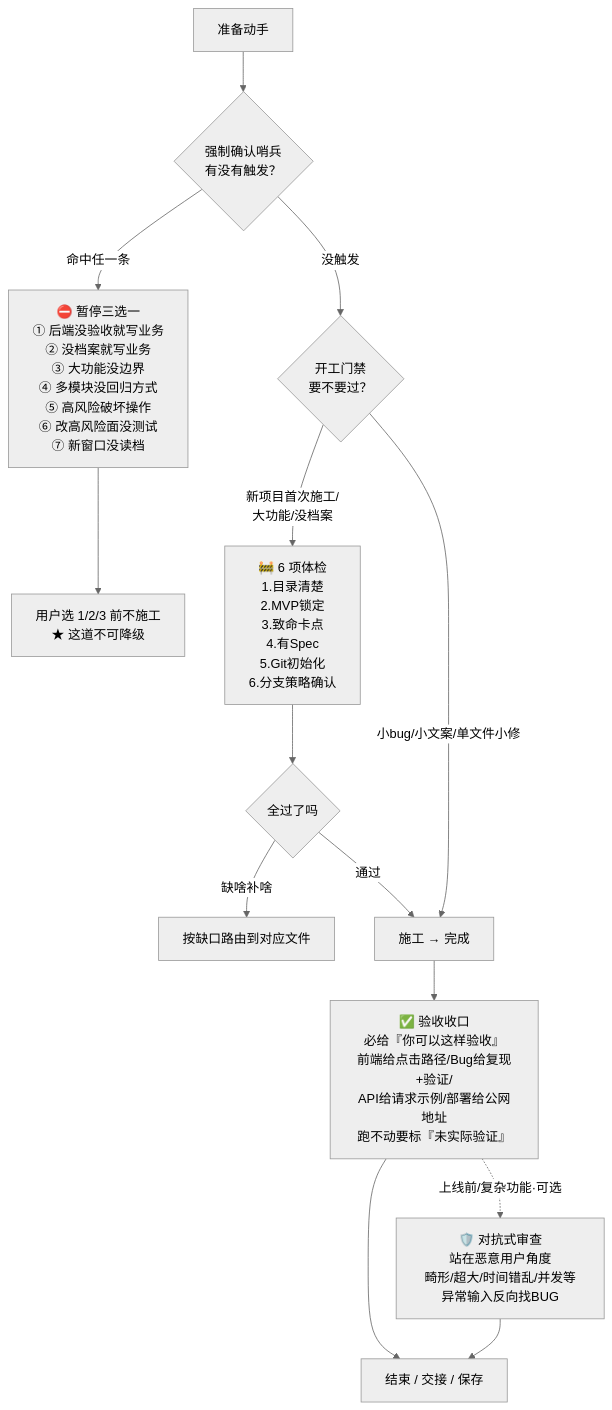
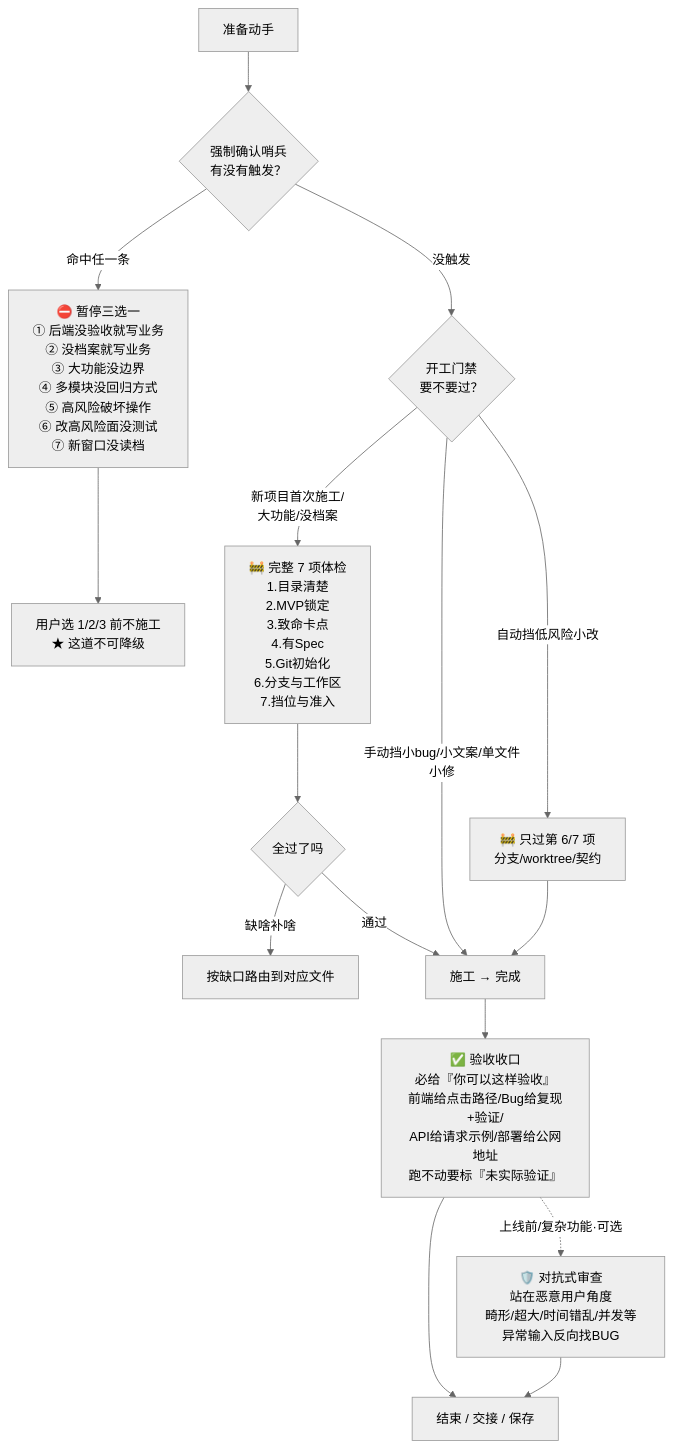
The third of 3 diagrams in FLOWCHART.md (kunkunzi996/kun-router), drawn with Mermaid (neutral theme) before and after one commit. The commit also changed other lines of this file and 13 other files, not shown here.

````diff
--- a/FLOWCHART.md
+++ b/FLOWCHART.md
@@ -98,18 +112,20 @@
 ```mermaid
 flowchart TD
     S[准备动手] --> Q1{强制确认哨兵<br/>有没有触发？}
     Q1 -- 命中任一条 --> STOP1[⛔ 暂停三选一<br/>① 后端没验收就写业务<br/>② 没档案就写业务<br/>③ 大功能没边界<br/>④ 多模块没回归方式<br/>⑤ 高风险破坏操作<br/>⑥ 改高风险面没测试<br/>⑦ 新窗口没读档]
     STOP1 --> WAIT[用户选 1/2/3 前不施工<br/>★ 这道不可降级]
     Q1 -- 没触发 --> Q2
 
-    Q2{开工门禁<br/>要不要过？} -- 新项目首次施工/<br/>大功能/没档案 --> GATE[🚧 6 项体检<br/>1.目录清楚<br/>2.MVP锁定<br/>3.致命卡点<br/>4.有Spec<br/>5.Git初始化<br/>6.分支策略确认]
+    Q2{开工门禁<br/>要不要过？} -- 新项目首次施工/<br/>大功能/没档案 --> GATE[🚧 完整 7 项体检<br/>1.目录清楚<br/>2.MVP锁定<br/>3.致命卡点<br/>4.有Spec<br/>5.Git初始化<br/>6.分支与工作区<br/>7.挡位与准入]
     GATE --> GATEOK{全过了吗}
     GATEOK -- 缺啥补啥 --> ROUTE[按缺口路由到对应文件]
     GATEOK -- 通过 --> Q3
-    Q2 -- 小bug/小文案/单文件小修 --> Q3
+    Q2 -- 手动挡小bug/小文案/单文件小修 --> Q3
+    Q2 -- 自动挡低风险小改 --> LIGHT[🚧 只过第 6/7 项<br/>分支/worktree/契约]
+    LIGHT --> Q3
 
     Q3[施工 → 完成] --> ACC[✅ 验收收口<br/>必给『你可以这样验收』<br/>前端给点击路径/Bug给复现+验证/<br/>API给请求示例/部署给公网地址<br/>跑不动要标『未实际验证』]
     ACC --> DONE[结束 / 交接 / 保存]
     ACC -. 上线前/复杂功能·可选 .-> ADV[🛡️ 对抗式审查<br/>站在恶意用户角度<br/>畸形/超大/时间错乱/并发等异常输入反向找BUG]
     ADV --> DONE
 ```
````
